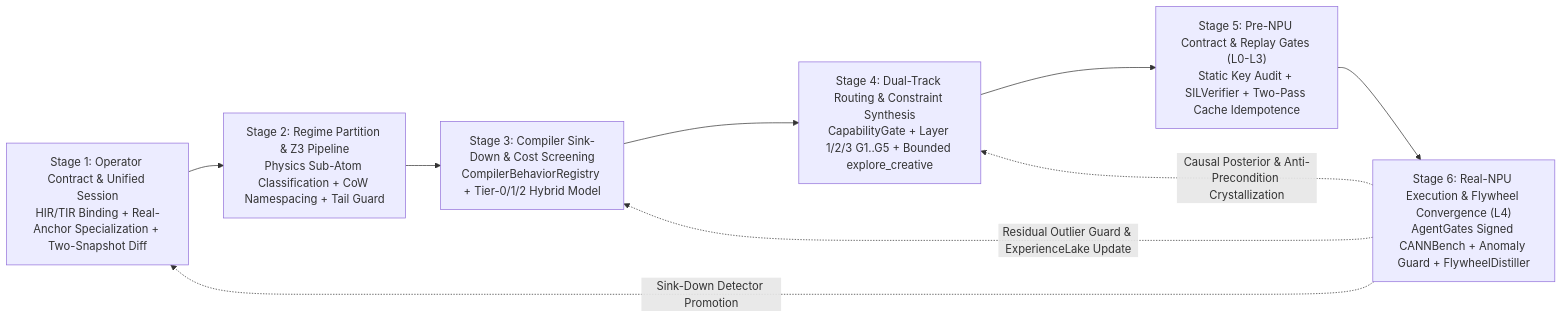
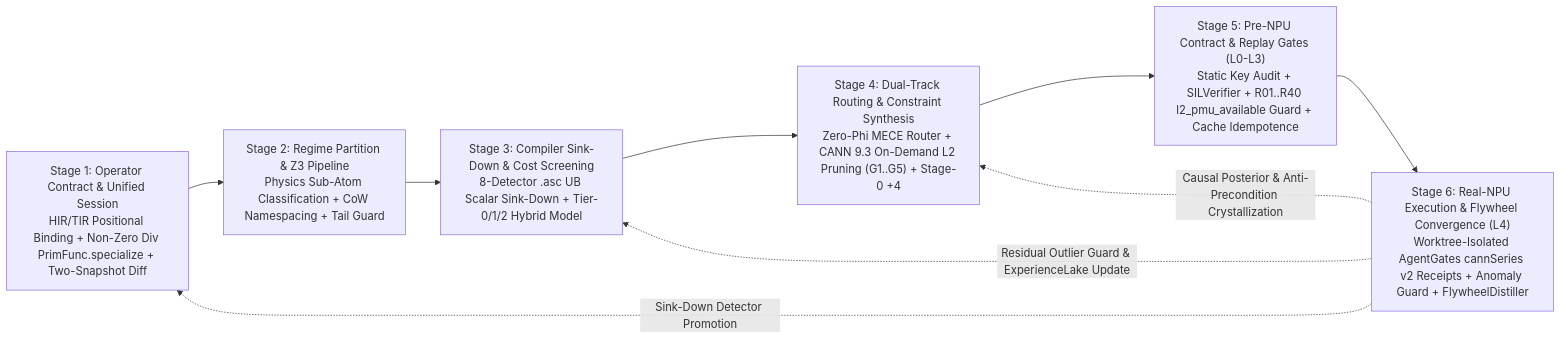
The diagram in docs/reports/tilefoundry_ascend_e2e_flow.mmd (jingchangshi/TileFoundry), drawn with Mermaid before and after one commit. The commit also changed 4 other files, not shown here.

Commit message:
docs(ascend): align V4.7 architecture diagrams, E2E flow, and plugin README

```diff
--- a/docs/reports/tilefoundry_ascend_e2e_flow.mmd
+++ b/docs/reports/tilefoundry_ascend_e2e_flow.mmd
@@ -1,12 +1,12 @@
 flowchart LR
-  S1["Stage 1: Operator Contract & Unified Session<br/>HIR/TIR Binding + Real-Anchor Specialization + Two-Snapshot Diff"]
+  S1["Stage 1: Operator Contract & Unified Session<br/>HIR/TIR Positional Binding + Non-Zero Div PrimFunc.specialize + Two-Snapshot Diff"]
   S2["Stage 2: Regime Partition & Z3 Pipeline<br/>Physics Sub-Atom Classification + CoW Namespacing + Tail Guard"]
-  S3["Stage 3: Compiler Sink-Down & Cost Screening<br/>CompilerBehaviorRegistry + Tier-0/1/2 Hybrid Model"]
-  S4["Stage 4: Dual-Track Routing & Constraint Synthesis<br/>CapabilityGate + Layer 1/2/3 G1..G5 + Bounded explore_creative"]
-  S5["Stage 5: Pre-NPU Contract & Replay Gates (L0-L3)<br/>Static Key Audit + SILVerifier + Two-Pass Cache Idempotence"]
-  S6["Stage 6: Real-NPU Execution & Flywheel Convergence (L4)<br/>AgentGates Signed CANNBench + Anomaly Guard + FlywheelDistiller"]
+  S3["Stage 3: Compiler Sink-Down & Cost Screening<br/>8-Detector .asc UB Scalar Sink-Down + Tier-0/1/2 Hybrid Model"]
+  S4["Stage 4: Dual-Track Routing & Constraint Synthesis<br/>Zero-Phi MECE Router + CANN 9.3 On-Demand L2 Pruning (G1..G5) + Stage-0 +4"]
+  S5["Stage 5: Pre-NPU Contract & Replay Gates (L0-L3)<br/>Static Key Audit + SILVerifier + R01..R40 l2_pmu_available Guard + Cache Idempotence"]
+  S6["Stage 6: Real-NPU Execution & Flywheel Convergence (L4)<br/>Worktree-Isolated AgentGates cannSeries v2 Receipts + Anomaly Guard + FlywheelDistiller"]
 
   S1 --> S2 --> S3 --> S4 --> S5 --> S6
   S6 -. "Residual Outlier Guard & ExperienceLake Update" .-> S3
   S6 -. "Causal Posterior & Anti-Precondition Crystallization" .-> S4
   S6 -. "Sink-Down Detector Promotion" .-> S1
```
